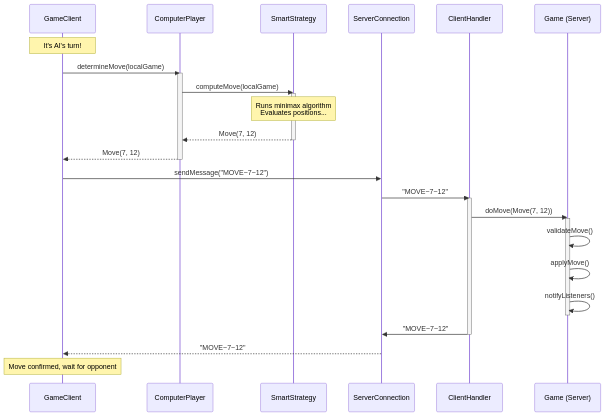
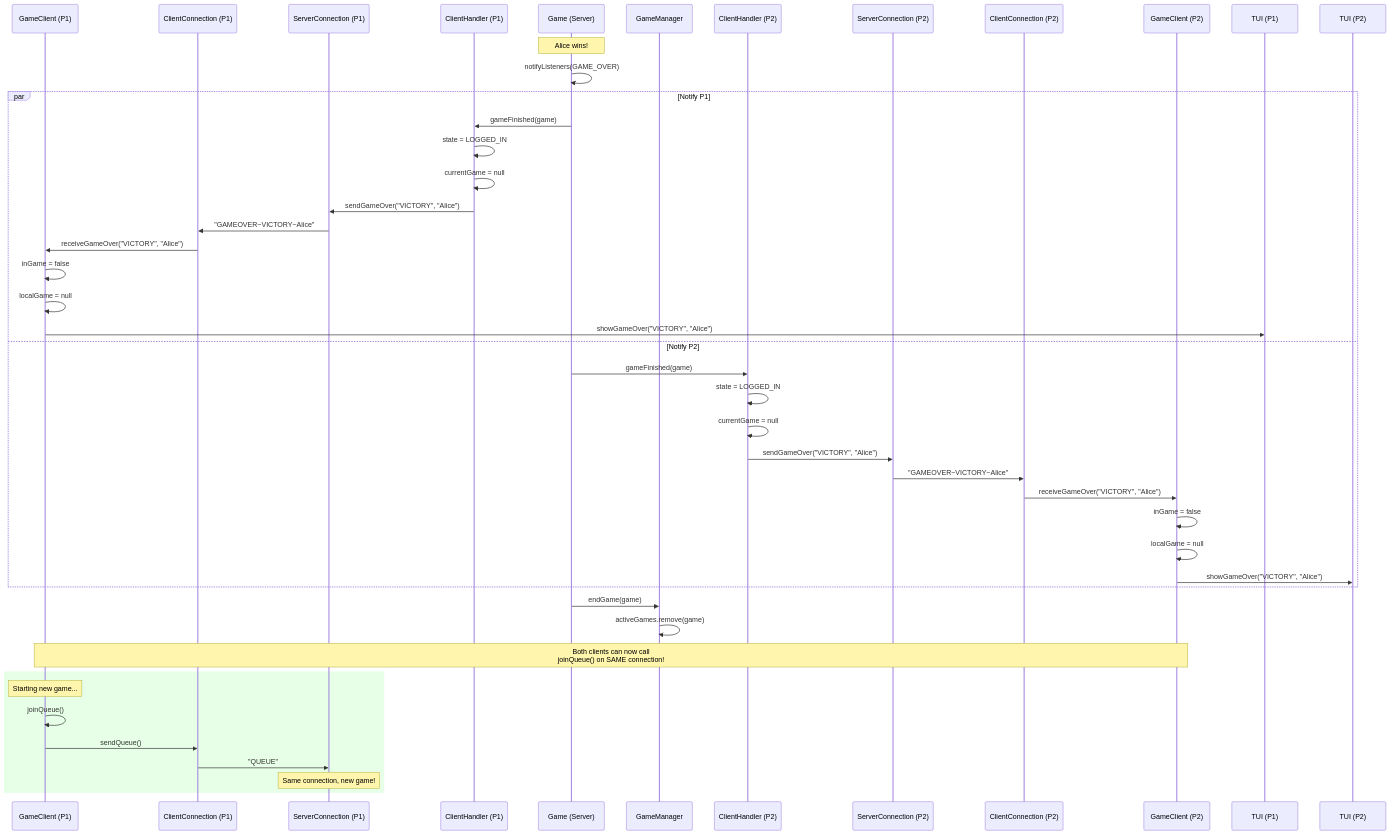
One commit to ramzxy/quarto changed the fourth of 5 diagrams in Diagrams/Sequence Diagram/sequence_diagram.md. Above: the diagram before and after it, drawn with Mermaid. The commit also changed other lines of this file and 13 other files, not shown here.

````diff
--- a/Diagrams/Sequence Diagram/sequence_diagram.md
+++ b/Diagrams/Sequence Diagram/sequence_diagram.md
@@ -260,36 +212,54 @@
 ```mermaid
 sequenceDiagram
-    participant GC as GameClient
-    participant CP as ComputerPlayer
-    participant Strat as SmartStrategy
-    participant Conn as ServerConnection
-    participant CH as ClientHandler
+    participant GC1 as GameClient (P1)
+    participant CC1 as ClientConnection (P1)
+    participant SC1 as ServerConnection (P1)
+    participant CH1 as ClientHandler (P1)
     participant Game as Game (Server)
+    participant GM as GameManager
+    participant CH2 as ClientHandler (P2)
+    participant SC2 as ServerConnection (P2)
+    participant CC2 as ClientConnection (P2)
+    participant GC2 as GameClient (P2)
+    participant View1 as TUI (P1)
+    participant View2 as TUI (P2)
 
-    Note over GC: It's AI's turn!
-    
-    GC->>CP: determineMove(localGame)
-    activate CP
-    CP->>Strat: computeMove(localGame)
-    activate Strat
-    Note over Strat: Runs minimax algorithm<br/>Evaluates positions...
-    Strat-->>CP: Move(7, 12)
-    deactivate Strat
-    CP-->>GC: Move(7, 12)
-    deactivate CP
-    
-    GC->>Conn: sendMessage("MOVE~7~12")
-    Conn->>CH: "MOVE~7~12"
-    activate CH
-    CH->>Game: doMove(Move(7, 12))
-    activate Game
-    Game->>Game: validateMove()
-    Game->>Game: applyMove()
-    Game->>Game: notifyListeners()
-    deactivate Game
-    CH->>Conn: "MOVE~7~12"
-    deactivate CH
-    Conn-->>GC: "MOVE~7~12"
-    
-    Note over GC: Move confirmed, wait for opponent
+    Note over Game: Alice wins!
+
+    Game->>Game: notifyListeners(GAME_OVER)
+
+    par Notify P1
+        Game->>CH1: gameFinished(game)
+        CH1->>CH1: state = LOGGED_IN
+        CH1->>CH1: currentGame = null
+        CH1->>SC1: sendGameOver("VICTORY", "Alice")
+        SC1->>CC1: "GAMEOVER~VICTORY~Alice"
+        CC1->>GC1: receiveGameOver("VICTORY", "Alice")
+        GC1->>GC1: inGame = false
+        GC1->>GC1: localGame = null
+        GC1->>View1: showGameOver("VICTORY", "Alice")
+    and Notify P2
+        Game->>CH2: gameFinished(game)
+        CH2->>CH2: state = LOGGED_IN
+        CH2->>CH2: currentGame = null
+        CH2->>SC2: sendGameOver("VICTORY", "Alice")
+        SC2->>CC2: "GAMEOVER~VICTORY~Alice"
+        CC2->>GC2: receiveGameOver("VICTORY", "Alice")
+        GC2->>GC2: inGame = false
+        GC2->>GC2: localGame = null
+        GC2->>View2: showGameOver("VICTORY", "Alice")
+    end
+
+    Game->>GM: endGame(game)
+    GM->>GM: activeGames.remove(game)
+
+    Note over GC1,GC2: Both clients can now call<br/>joinQueue() on SAME connection!
+
+    rect rgb(230, 255, 230)
+        Note over GC1: Starting new game...
+        GC1->>GC1: joinQueue()
+        GC1->>CC1: sendQueue()
+        CC1->>SC1: "QUEUE"
+        Note over SC1: Same connection, new game!
+    end
 ```
````
